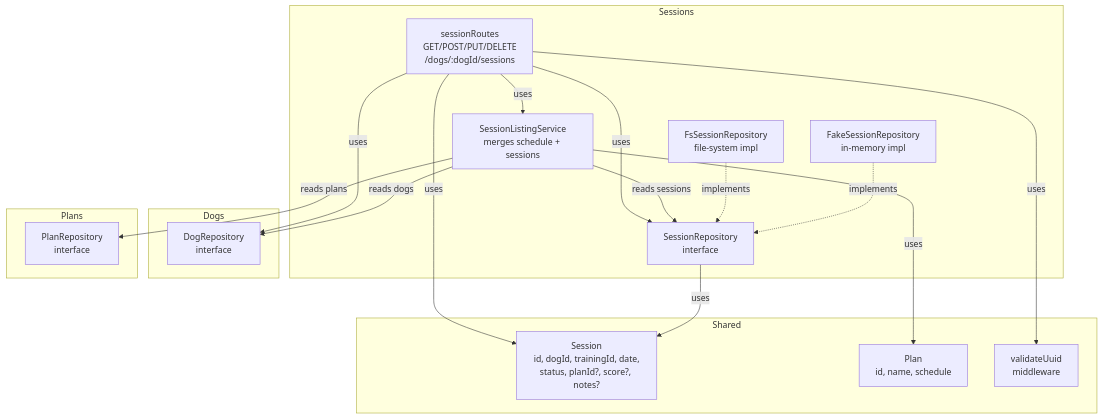
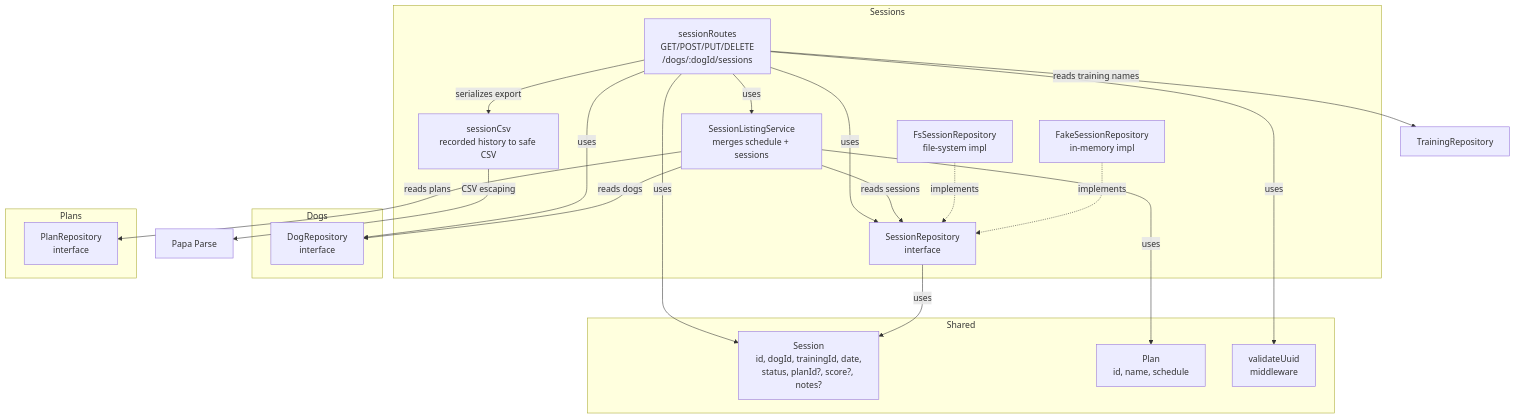
Before and after one commit to jovaneyck/software-factory-demo: the fourth of 4 diagrams in app/architecture.md, drawn with Mermaid. The commit also changed other lines of this file and 17 other files, not shown here.

Commit message:
feat(sessions): export recorded history from progress report (#24)

````diff
--- a/app/architecture.md
+++ b/app/architecture.md
@@ -76,37 +76,41 @@
 ```mermaid
 flowchart TD
     subgraph Sessions
         sessionRoutes["sessionRoutes<br/>GET/POST/PUT/DELETE<br/>/dogs/:dogId/sessions"]
         SessionListingService["SessionListingService<br/>merges schedule + sessions"]
         SessionRepository["SessionRepository<br/>interface"]
         FsSessionRepository["FsSessionRepository<br/>file-system impl"]
         FakeSessionRepository["FakeSessionRepository<br/>in-memory impl"]
+        sessionCsv["sessionCsv<br/>recorded history to safe CSV"]
     end
 
     subgraph Shared
         Session["Session<br/>id, dogId, trainingId, date,<br/>status, planId?, score?, notes?"]
         Plan["Plan<br/>id, name, schedule"]
         validateUuid["validateUuid<br/>middleware"]
     end
 
     subgraph Dogs
         DogRepository["DogRepository<br/>interface"]
     end
 
     subgraph Plans
         PlanRepository["PlanRepository<br/>interface"]
     end
 
     sessionRoutes -->|uses| DogRepository
     sessionRoutes -->|uses| SessionRepository
     sessionRoutes -->|uses| SessionListingService
     sessionRoutes -->|uses| validateUuid
     sessionRoutes -->|uses| Session
+    sessionRoutes -->|reads training names| TrainingRepository
+    sessionRoutes -->|serializes export| sessionCsv
+    sessionCsv -->|CSV escaping| PapaParse["Papa Parse"]
     SessionListingService -->|reads dogs| DogRepository
     SessionListingService -->|reads plans| PlanRepository
     SessionListingService -->|reads sessions| SessionRepository
     SessionListingService -->|uses| Plan
     SessionRepository -->|uses| Session
     FsSessionRepository -.->|implements| SessionRepository
     FakeSessionRepository -.->|implements| SessionRepository
 ```
````
